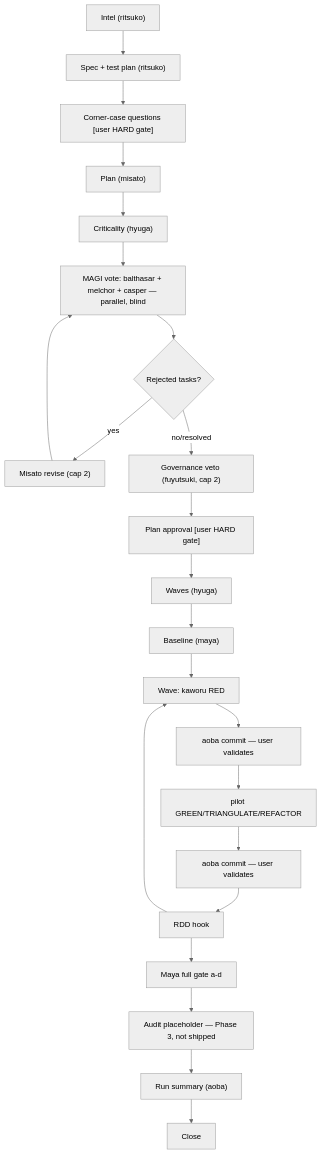
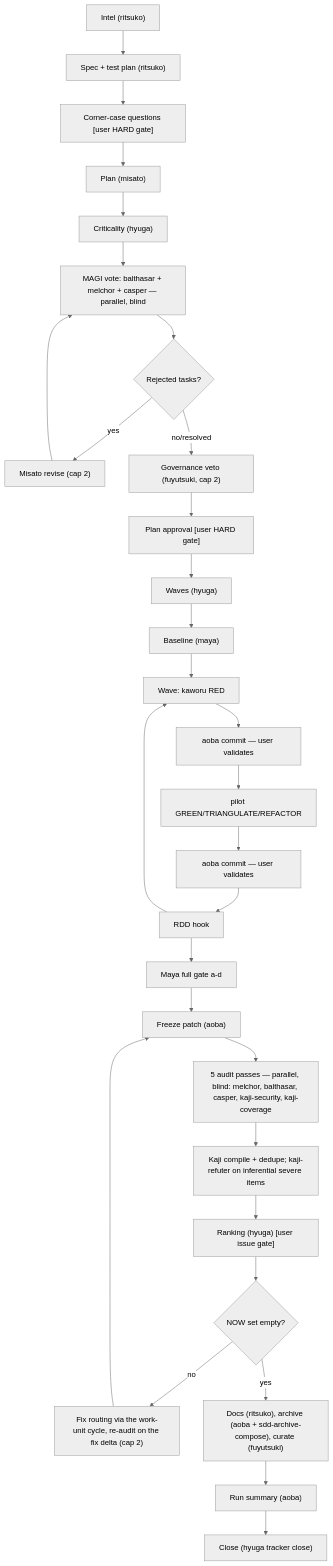
One commit to war-apps/nerv-by-gentle-ai changed the fifth of 6 diagrams in README.md. Above: the diagram before and after it, drawn with Mermaid (neutral theme). The commit also changed other lines of this file, not shown here.

Commit message:
docs: final README with operations, troubleshooting, known limitations and the audit stage in the FULL diagram

````diff
--- a/README.md
+++ b/README.md
@@ -183,25 +183,32 @@
 ```mermaid
 flowchart TB
     A["Intel (ritsuko)"] --> B["Spec + test plan (ritsuko)"]
     B --> C["Corner-case questions [user HARD gate]"]
     C --> D["Plan (misato)"]
     D --> E["Criticality (hyuga)"]
     E --> F["MAGI vote: balthasar + melchor + casper — parallel, blind"]
     F --> G{"Rejected tasks?"}
     G -- yes --> H["Misato revise (cap 2)"]
     H --> F
     G -- no/resolved --> I["Governance veto (fuyutsuki, cap 2)"]
     I --> J["Plan approval [user HARD gate]"]
     J --> K["Waves (hyuga)"]
     K --> L["Baseline (maya)"]
     L --> M["Wave: kaworu RED"]
     M --> N["aoba commit — user validates"]
     N --> O["pilot GREEN/TRIANGULATE/REFACTOR"]
     O --> P["aoba commit — user validates"]
     P --> Q["RDD hook"]
     Q --> M
     Q --> R["Maya full gate a-d"]
-    R --> S["Audit placeholder — Phase 3, not shipped"]
-    S --> T["Run summary (aoba)"]
-    T --> U["Close"]
+    R --> S1["Freeze patch (aoba)"]
+    S1 --> S2["5 audit passes — parallel, blind: melchor, balthasar, casper, kaji-security, kaji-coverage"]
+    S2 --> S3["Kaji compile + dedupe; kaji-refuter on inferential severe items"]
+    S3 --> S4["Ranking (hyuga) [user issue gate]"]
+    S4 --> S5{"NOW set empty?"}
+    S5 -- no --> S6["Fix routing via the work-unit cycle, re-audit on the fix delta (cap 2)"]
+    S6 --> S1
+    S5 -- yes --> S7["Docs (ritsuko), archive (aoba + sdd-archive-compose), curate (fuyutsuki)"]
+    S7 --> T["Run summary (aoba)"]
+    T --> U["Close (hyuga tracker close)"]
 ```
````
